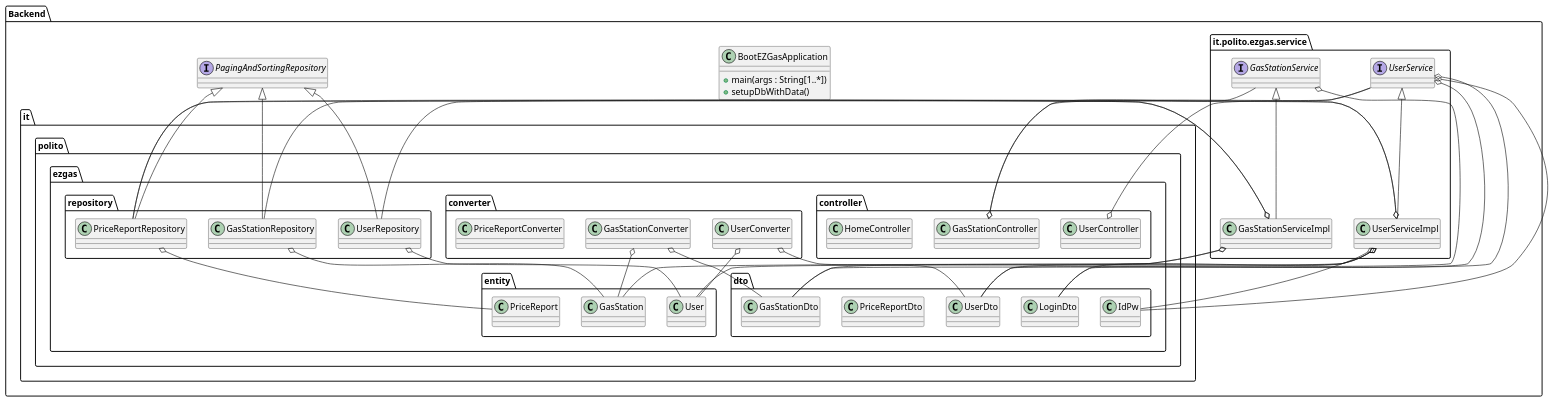
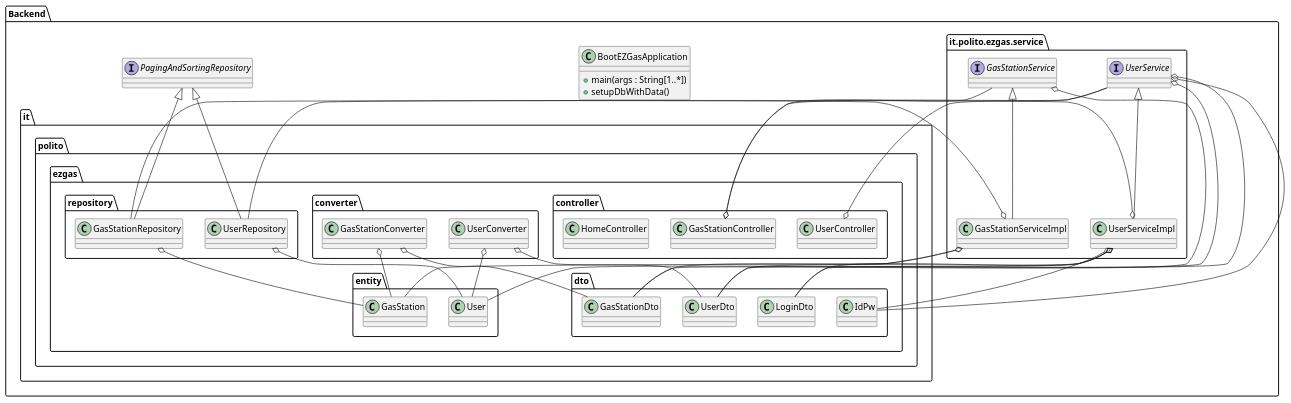
The tenth of 13 diagrams in docs/DesignDocument.md (lucarinelli/ezgas), drawn with PlantUML before and after one commit. The commit also changed other lines of this file, not shown here.

Commit message:
doc: remove ReportRepository from backend in Design Document

````diff
--- a/docs/DesignDocument.md
+++ b/docs/DesignDocument.md
@@ -585,9 +551,7 @@
         class UserConverter{
 
         }
-        class PriceReportConverter{
-            
-        }
+       
     }
     
     package "it.polito.ezgas.dto" {
@@ -600,9 +564,7 @@
         class LoginDto{
 
         }
-        class PriceReportDto{
-
-        }
+        
         class IdPw{
         }
     }
@@ -613,8 +575,7 @@
         }
         class GasStation {
         }
-        class PriceReport {
-        }
+       
     }
     
     package "it.polito.ezgas.repository" {
@@ -625,8 +586,7 @@
         class GasStationRepository{
         }
         
-        class PriceReportRepository{
-        }
+        
         
     }
 
@@ -635,7 +595,6 @@
 
 PagingAndSortingRepository <|-- UserRepository
 PagingAndSortingRepository <|-- GasStationRepository
-PagingAndSortingRepository <|-- PriceReportRepository
 
 
 UserService <|-- UserServiceImpl
@@ -644,9 +603,7 @@
 GasStationController o-- UserService
 UserController o-- UserService
 UserServiceImpl o-- UserRepository
-UserServiceImpl o-- PriceReportRepository
 GasStationServiceImpl o-- GasStationRepository
-GasStationServiceImpl o-- PriceReportRepository
 
 UserConverter o-- UserDto
 UserConverter o-- User
@@ -668,5 +625,4 @@
 GasStationServiceImpl o-- GasStation
 GasStationRepository o-- GasStation
 
-PriceReportRepository o-- PriceReport
 ```
````
